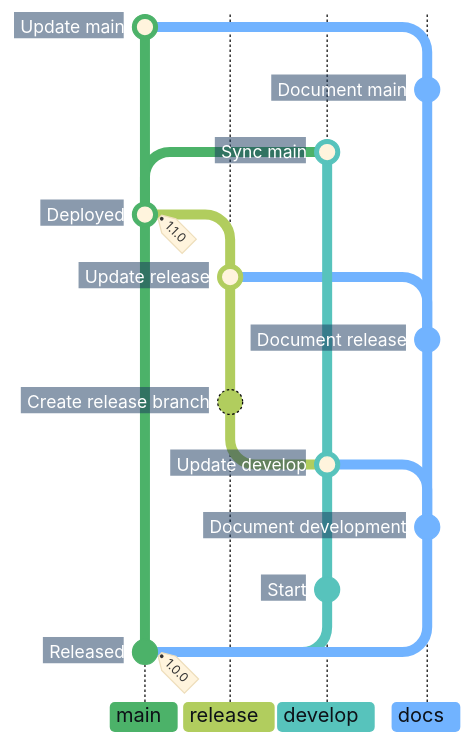
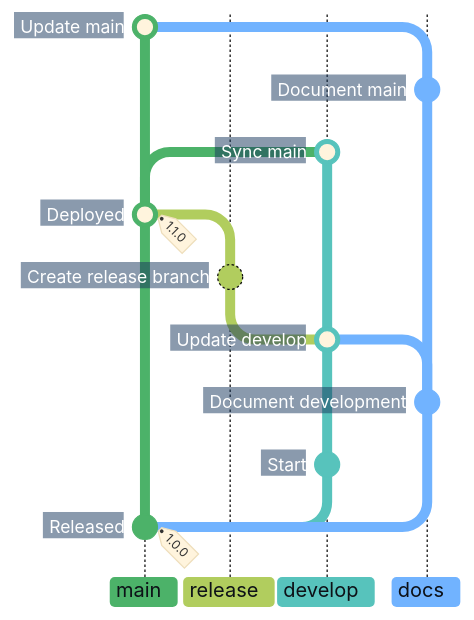
One commit to superhero/operations.superduper.solutions changed the third of 3 diagrams in docs/adr/cicd.md. Above: the diagram before and after it, drawn with Mermaid. The commit also changed other lines of this file, not shown here.

Commit message:
docs: remove the middle documentation edit from the graph

````diff
--- a/docs/adr/cicd.md
+++ b/docs/adr/cicd.md
@@ -127,33 +125,29 @@
 ```mermaid
 %%{init: {"theme": "base", "themeCSS": "line.branch { stroke: #8B949E; stroke-width: 1px; stroke-dasharray: 1 4; stroke-linecap: round; } .branchLabel, .tag-label { font-weight: 700; } .tag-label-bkg, .commit-label-bkg { opacity: 0.9; } .tag-label-bkg { fill: #B8E6C4; stroke: #8ED3A2; } .branchLabelBkg { opacity: 1; clip-path: inset(0 8px 0 0 round 4px) fill-box; } .commit-labels g:nth-last-of-type(-n+2) { visibility: hidden; } .commit-labels g { transform-box: fill-box; transform-origin: calc(100% + 17px) calc(50% + 2px); transform: rotate(-10deg); } .commit-label { font-weight: 700; transform: translateX(-8px); } .commit-label-bkg { stroke: #17365D; stroke-width: 20px; transform: translateX(-5px); clip-path: polygon(-4px -4px, calc(100% + 4px) -4px, calc(100% + 10px) 50%, calc(100% + 4px) calc(100% + 4px), -4px calc(100% + 4px)) fill-box; } .commit.branch { stroke: #B1CD5E; stroke-dasharray: none; }", "gitGraph": {"showCommitLabel": true, "rotateCommitLabel": false}, "themeVariables": {
     "commitLabelFontSize": "14px", "commitLabelColor": "#FFFFFF", "commitLabelBackground": "#17365D",
     "git0": "#4CB269", "gitBranchLabel0": "#0D1117",
     "git1": "#B1CD5E", "gitBranchLabel1": "#0D1117",
     "git2": "#57C3BC", "gitBranchLabel2": "#0D1117",
     "git3": "#71B3FF", "gitBranchLabel3": "#0D1117"
 }}}%%
 gitGraph BT:
     %% Hide the two initial notes while retaining their branch connections.
     commit id: "Released" tag: "1.0.0"
     branch develop order: 2
     commit id: "Start"
     checkout main
     branch docs order: 3
     commit id: "Document development"
     checkout develop
     merge docs id: "Update develop"
     branch release order: 1
     commit id: "Create release branch"
-    checkout docs
-    commit id: "Document release"
-    checkout release
-    merge docs id: "Update release"
     checkout main
     merge release id: "Deployed" tag: "1.1.0"
     checkout develop
     merge main id: "Sync main"
     checkout docs
     commit id: "Document main"
     checkout main
     merge docs id: "Update main"
 ```
````
